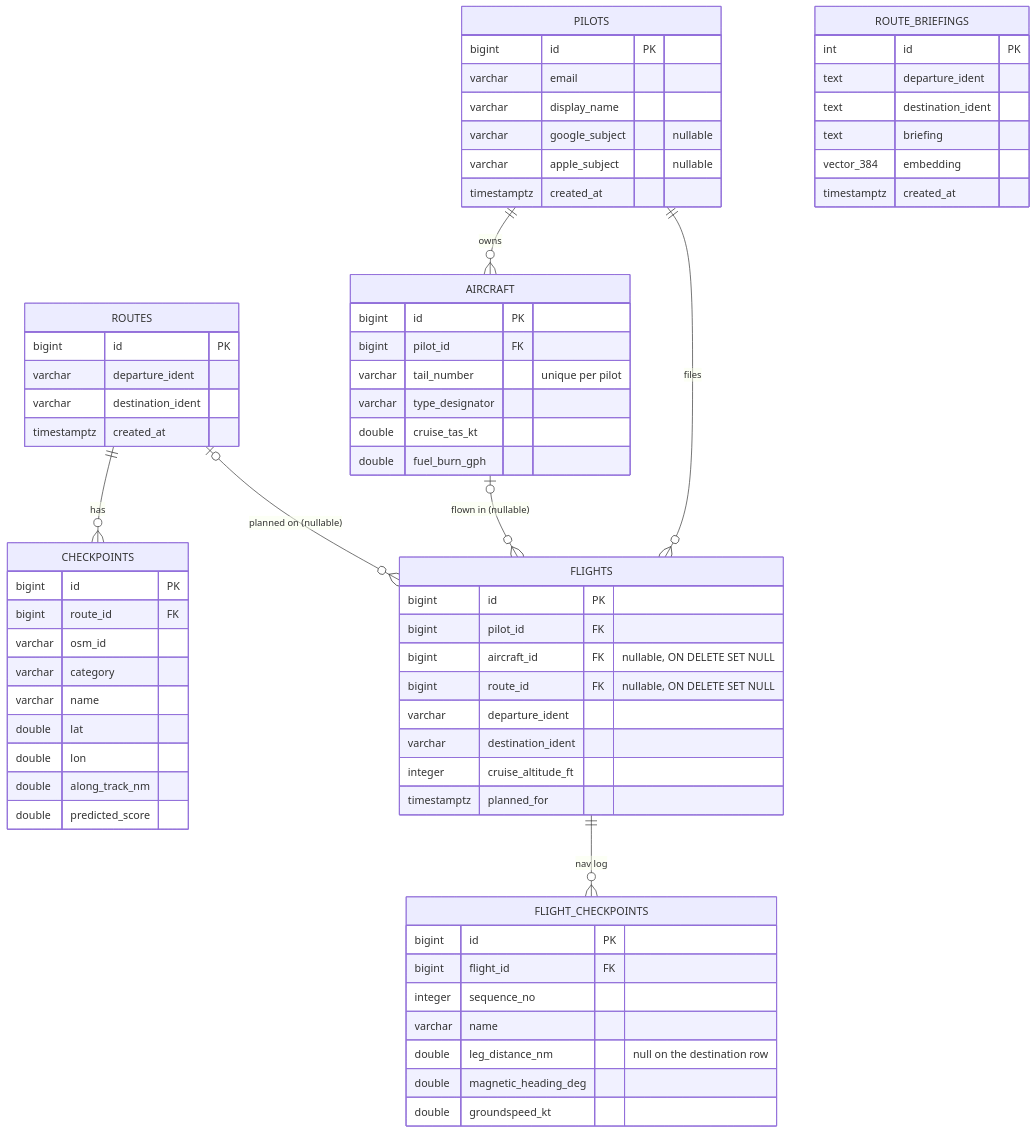
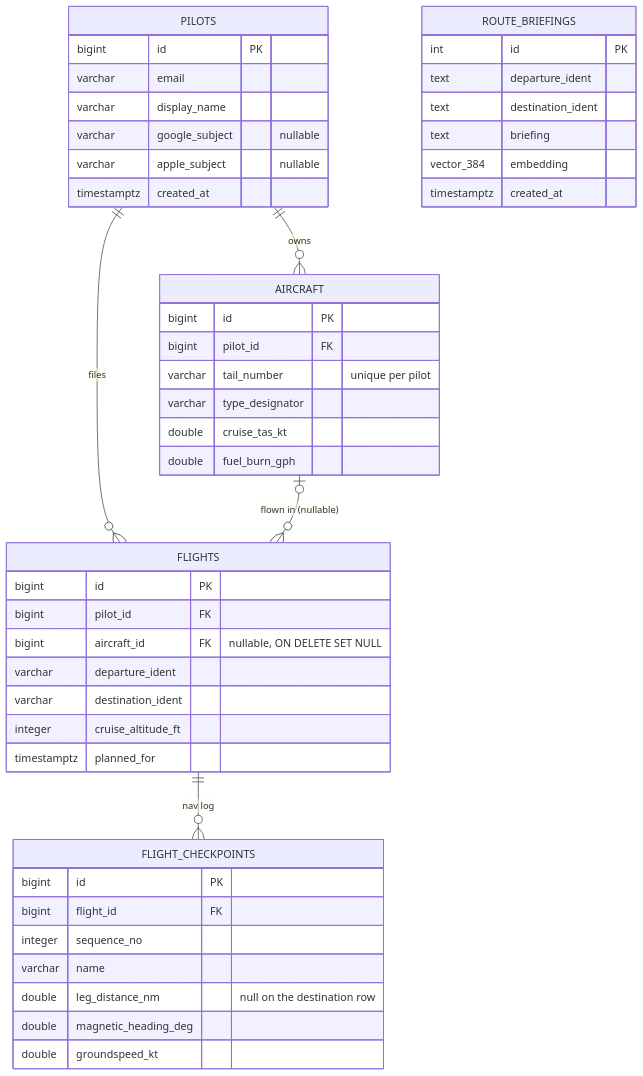
One commit to asdaq-samir/flight_plan changed the diagram in docs/README.md. Above: the diagram before and after it, drawn with Mermaid. The commit also changed other lines of this file and 75 other files, not shown here.

````diff
--- a/docs/README.md
+++ b/docs/README.md
@@ -252,69 +252,49 @@
 ```mermaid
 erDiagram
-    ROUTES ||--o{ CHECKPOINTS : has
-    ROUTES {
-        bigint id PK
-        varchar departure_ident
-        varchar destination_ident
-        timestamptz created_at
-    }
-    CHECKPOINTS {
-        bigint id PK
-        bigint route_id FK
-        varchar osm_id
-        varchar category
-        varchar name
-        double lat
-        double lon
-        double along_track_nm
-        double predicted_score
-    }
     PILOTS ||--o{ AIRCRAFT : owns
     PILOTS ||--o{ FLIGHTS : files
     AIRCRAFT |o--o{ FLIGHTS : "flown in (nullable)"
-    ROUTES |o--o{ FLIGHTS : "planned on (nullable)"
     FLIGHTS ||--o{ FLIGHT_CHECKPOINTS : "nav log"
     PILOTS {
         bigint id PK
         varchar email
         varchar display_name
         varchar google_subject "nullable"
         varchar apple_subject "nullable"
         timestamptz created_at
     }
     AIRCRAFT {
         bigint id PK
         bigint pilot_id FK
         varchar tail_number "unique per pilot"
         varchar type_designator
         double cruise_tas_kt
         double fuel_burn_gph
     }
     FLIGHTS {
         bigint id PK
         bigint pilot_id FK
         bigint aircraft_id FK "nullable, ON DELETE SET NULL"
-        bigint route_id FK "nullable, ON DELETE SET NULL"
         varchar departure_ident
         varchar destination_ident
         integer cruise_altitude_ft
         timestamptz planned_for
     }
     FLIGHT_CHECKPOINTS {
         bigint id PK
         bigint flight_id FK
         integer sequence_no
         varchar name
         double leg_distance_nm "null on the destination row"
         double magnetic_heading_deg
         double groundspeed_kt
     }
     ROUTE_BRIEFINGS {
         int id PK
         text departure_ident
         text destination_ident
         text briefing
         vector_384 embedding
         timestamptz created_at
     }
 ```
````
